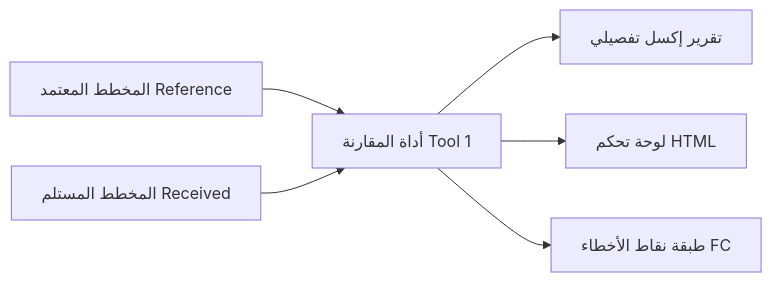
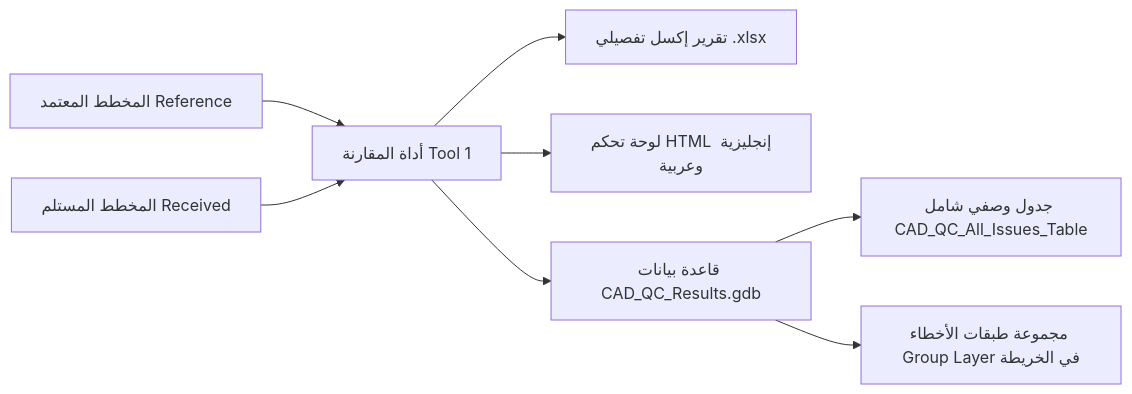
Before and after one commit to aboelmagd1/CAD-Standards-Layer-QC-Analyzer: the first of 2 diagrams in USER_GUIDE.md, drawn with Mermaid. The commit also changed other lines of this file and 35 other files, not shown here.

````diff
--- a/USER_GUIDE.md
+++ b/USER_GUIDE.md
@@ -80,8 +82,10 @@
 ```mermaid
 graph LR
     A[المخطط المعتمد Reference] --> C[أداة المقارنة Tool 1]
     B[المخطط المستلم Received] --> C
-    C --> D[تقرير إكسل تفصيلي]
-    C --> E[لوحة تحكم HTML]
-    C --> F[طبقة نقاط الأخطاء FC]
+    C --> D[تقرير إكسل تفصيلي .xlsx]
+    C --> E[لوحة تحكم HTML إنجليزية وعربية]
+    C --> F[قاعدة بيانات CAD_QC_Results.gdb]
+    F --> G[جدول وصفي شامل CAD_QC_All_Issues_Table]
+    F --> H[مجموعة طبقات الأخطاء Group Layer في الخريطة]
 ```
````
